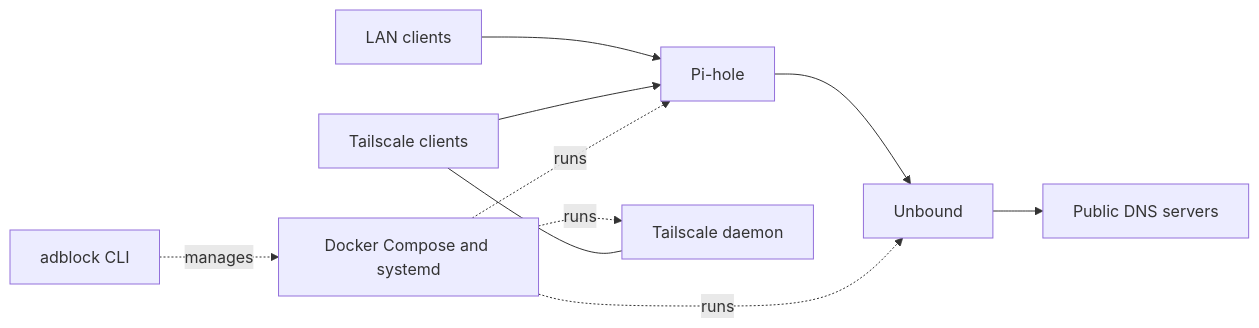
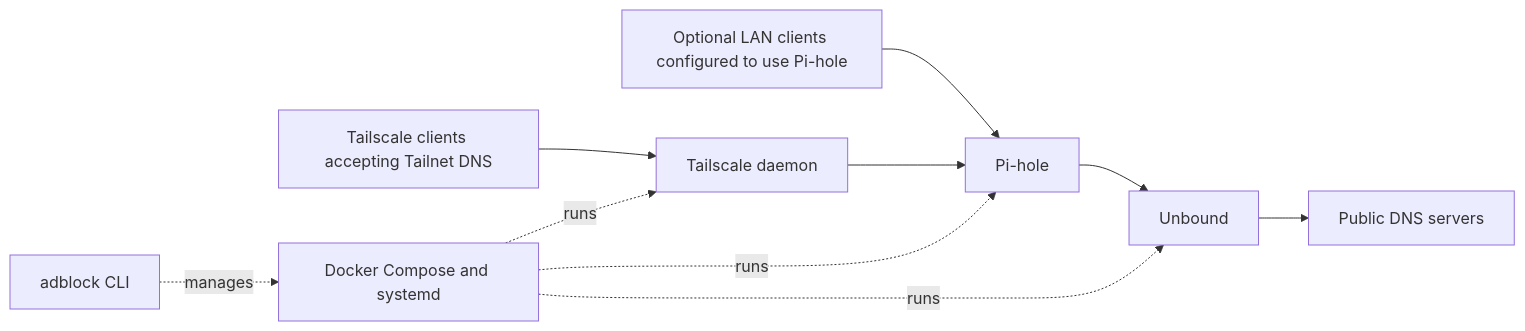
One commit to kaito-kw-lee/phile-scale changed the second of 2 diagrams in README.md. Above: the diagram before and after it, drawn with Mermaid. The commit also changed other lines of this file and 1 other file, not shown here.

Commit message:
docs: introduce phile-scale with Tailscale-first setup

````diff
--- a/README.md
+++ b/README.md
@@ -58,12 +73,12 @@
 ```mermaid
 flowchart LR
-    LAN[LAN clients] --> PH[Pi-hole]
-    TS[Tailscale clients] --> PH
+    LAN[Optional LAN clients configured to use Pi-hole] --> PH[Pi-hole]
+    TS[Tailscale clients accepting Tailnet DNS] --> TSD[Tailscale daemon]
+    TSD --> PH
     PH --> UB[Unbound]
     UB --> DNS[Public DNS servers]
     CLI[adblock CLI] -. manages .-> Runtime[Docker Compose and systemd]
     Runtime -. runs .-> PH
     Runtime -. runs .-> UB
-    Runtime -. runs .-> TSD[Tailscale daemon]
-    TS --- TSD
+    Runtime -. runs .-> TSD
 ```
````
